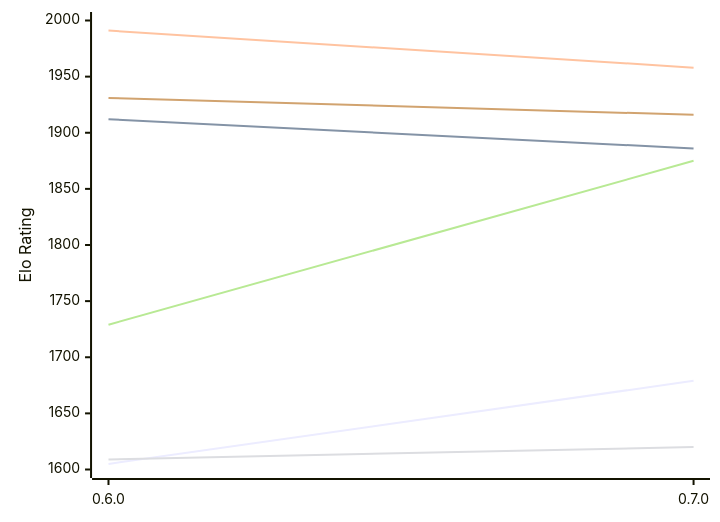
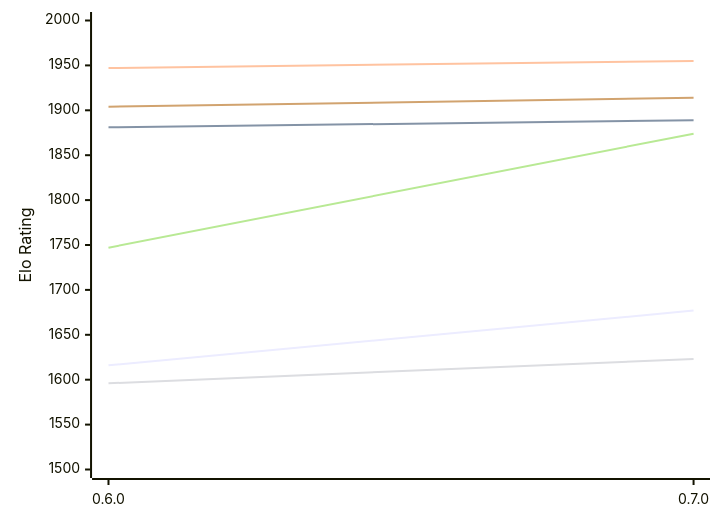
One commit to computer-chess-index/cci changed the first of 2 diagrams in engines/Chess-rs.md. Above: the diagram before and after it, drawn with Mermaid. The commit also changed other lines of this file, not shown here.

Commit message:
Update CCI Ratings (ELO VLTC) - 2026-11-17

````diff
--- a/engines/Chess-rs.md
+++ b/engines/Chess-rs.md
@@ -51,12 +51,12 @@
 ```mermaid
 %%{init: {"theme":"base","themeVariables":{"seriesColors:['#a3a3a3','#222221','#faa371']}}}%%
 xychart-beta
   x-axis ["0.6.0", "0.7.0"]
-  y-axis "Elo Rating" 1600 --> 2000
-  line "E1: STC (8.0+0.08s)" [1605, 1679]
-  line "E1: LTC (60.0+0.60s)" [1912, 1886]
-  line "E1: VLTC (2m24s+1.12s)" [1991, 1958]
-  line "P1: STC (8.0+0.08s)" [1609, 1620]
-  line "P1: LTC (60.0+0.60s)" [1729, 1875]
-  line "P1: VLTC (2m24s+1.12s)" [1931, 1916]
+  y-axis "Elo Rating" 1500 --> 2000
+  line "E1: STC (8.0+0.08s)" [1616, 1677]
+  line "E1: LTC (60.0+0.60s)" [1881, 1889]
+  line "E1: VLTC (2m24s+1.12s)" [1947, 1955]
+  line "P1: STC (8.0+0.08s)" [1596, 1623]
+  line "P1: LTC (60.0+0.60s)" [1747, 1874]
+  line "P1: VLTC (2m24s+1.12s)" [1904, 1914]
 ```
````
